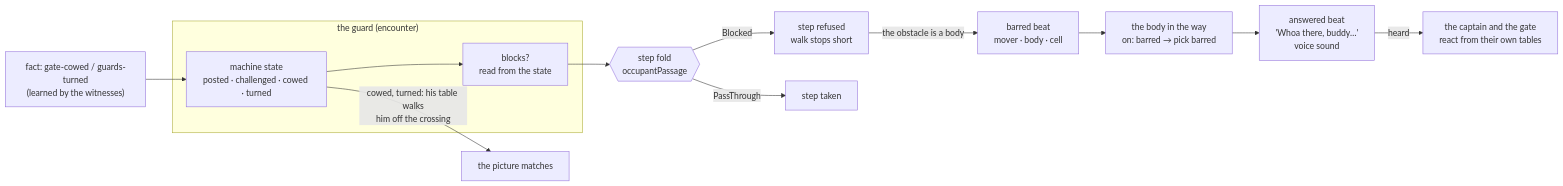
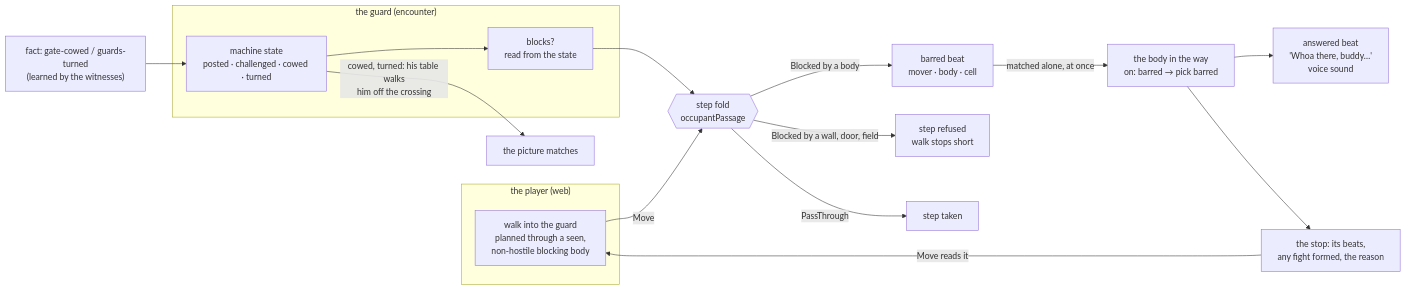
Before and after one commit to KirkDiggler/rpg-project: the diagram in ideas/the-guard-holds-the-gate/design.md, drawn with Mermaid. The commit also changed other lines of this file and 1 other file, not shown here.

First line of the commit message:
design: answer the review on the guard holds the gate (rpg-project#836)

````diff
--- a/ideas/the-guard-holds-the-gate/design.md
+++ b/ideas/the-guard-holds-the-gate/design.md
@@ -23,17 +23,22 @@
 ```mermaid
 flowchart LR
+    subgraph web["the player (web)"]
+        P["walk into the guard<br/>planned through a seen,<br/>non-hostile blocking body"]
+    end
     subgraph guard["the guard (encounter)"]
         S["machine state<br/>posted · challenged · cowed · turned"]
         B["blocks?<br/>read from the state"]
         S --> B
     end
-    B --> F{{"step fold<br/>occupantPassage"}}
-    F -->|Blocked| ST["step refused<br/>walk stops short"]
+    P -->|Move| F{{"step fold<br/>occupantPassage"}}
+    B --> F
+    F -->|"Blocked by a body"| BR["barred beat<br/>mover · body · cell"]
+    F -->|"Blocked by a wall, door, field"| ST["step refused<br/>walk stops short"]
     F -->|PassThrough| OK["step taken"]
-    ST -->|"the obstacle is a body"| BR["barred beat<br/>mover · body · cell"]
-    BR --> G["the body in the way<br/>on: barred → pick barred"]
+    BR -->|"matched alone, at once"| G["the body in the way<br/>on: barred → pick barred"]
     G --> SAY["answered beat<br/>'Whoa there, buddy…'<br/>voice sound"]
-    SAY -->|heard| C["the captain and the gate<br/>react from their own tables"]
+    G --> OUT["the stop: its beats,<br/>any fight formed, the reason"]
+    OUT -->|Move reads it| P
     FACT["fact: gate-cowed / guards-turned<br/>(learned by the witnesses)"] --> S
     S -->|"cowed, turned: his table walks<br/>him off the crossing"| W["the picture matches"]
 ```
````
